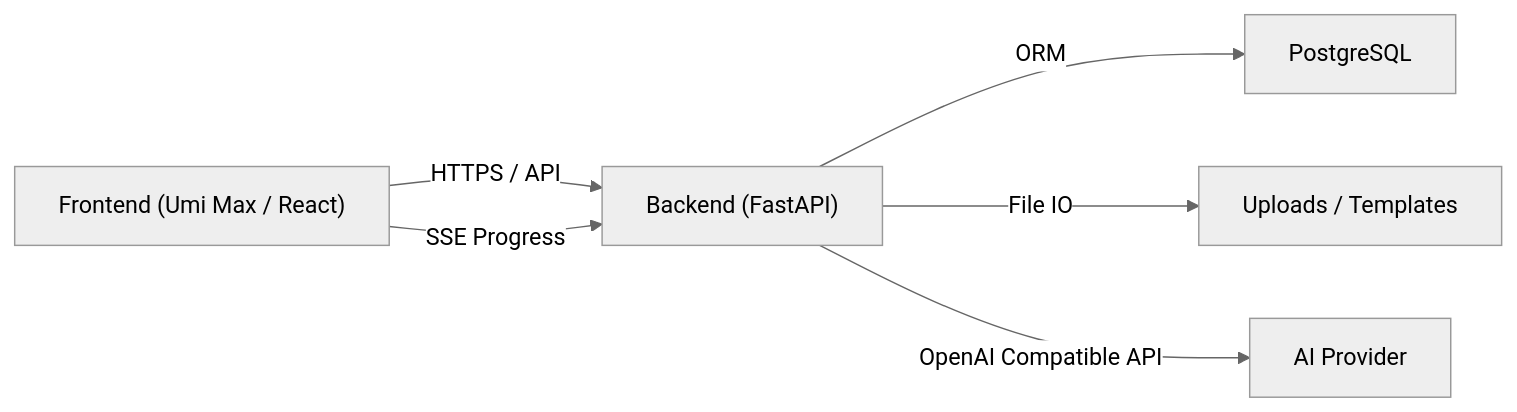
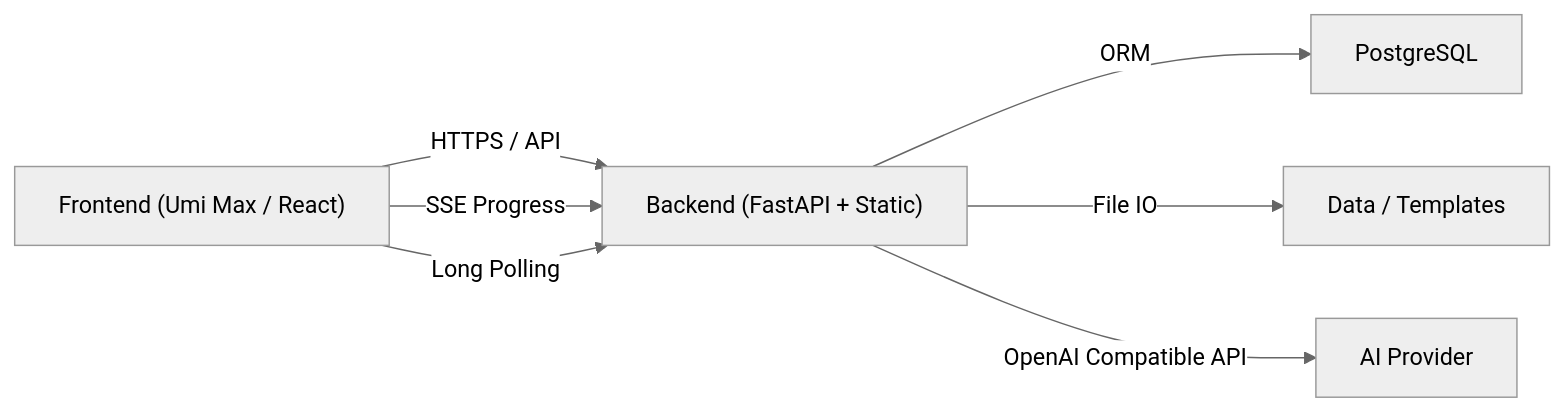
One commit to Gabrlie/BZYAgent changed the first of 2 diagrams in .ai/architecture/system-architecture.md. Above: the diagram before and after it, drawn with Mermaid (neutral theme). The commit also changed other lines of this file and 96 other files, not shown here.

````diff
--- a/.ai/architecture/system-architecture.md
+++ b/.ai/architecture/system-architecture.md
@@ -6,8 +6,9 @@
 ```mermaid
 flowchart LR
-  FE["Frontend (Umi Max / React)"] -->|"HTTPS / API"| BE["Backend (FastAPI)"]
+  FE["Frontend (Umi Max / React)"] -->|"HTTPS / API"| BE["Backend (FastAPI + Static)"]
   FE -->|"SSE Progress"| BE
+  FE -->|"Long Polling"| BE
   BE -->|"ORM"| DB["PostgreSQL"]
-  BE -->|"File IO"| FS["Uploads / Templates"]
+  BE -->|"File IO"| FS["Data / Templates"]
   BE -->|"OpenAI Compatible API"| AI["AI Provider"]
 ```
````
